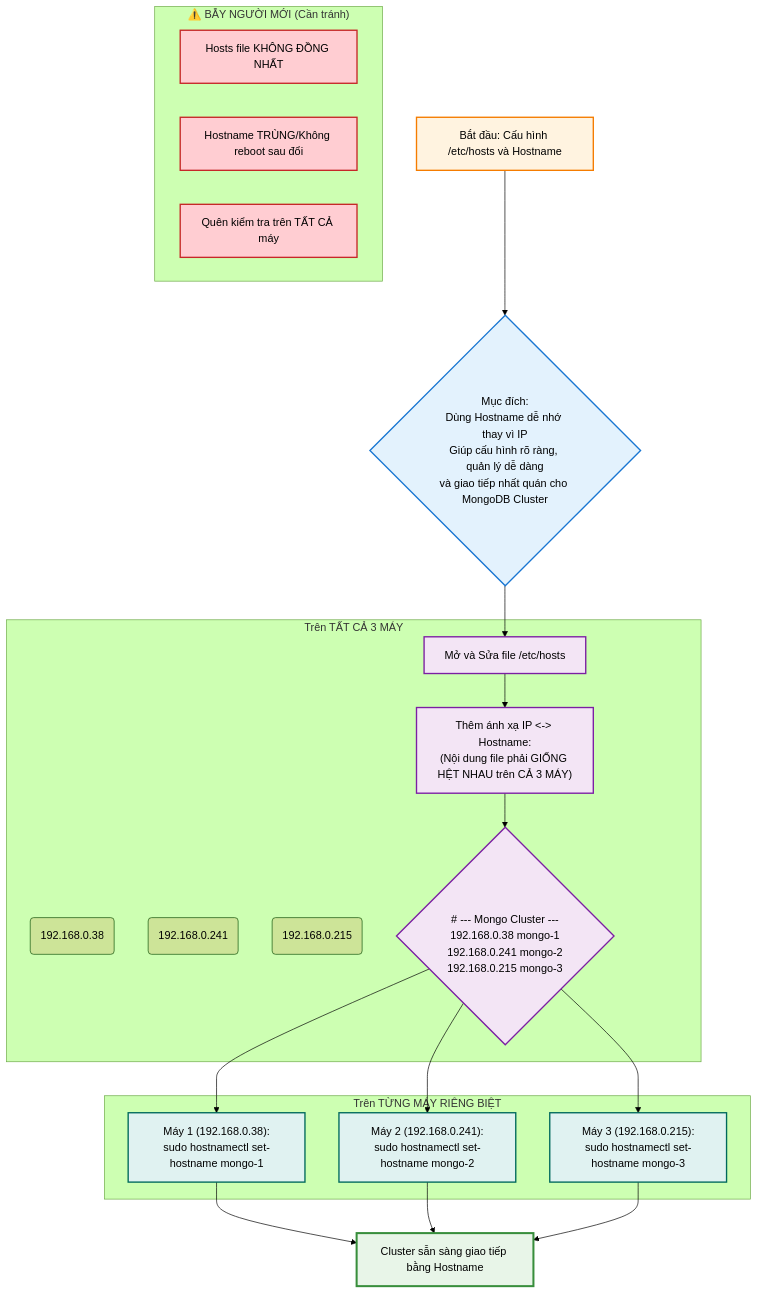
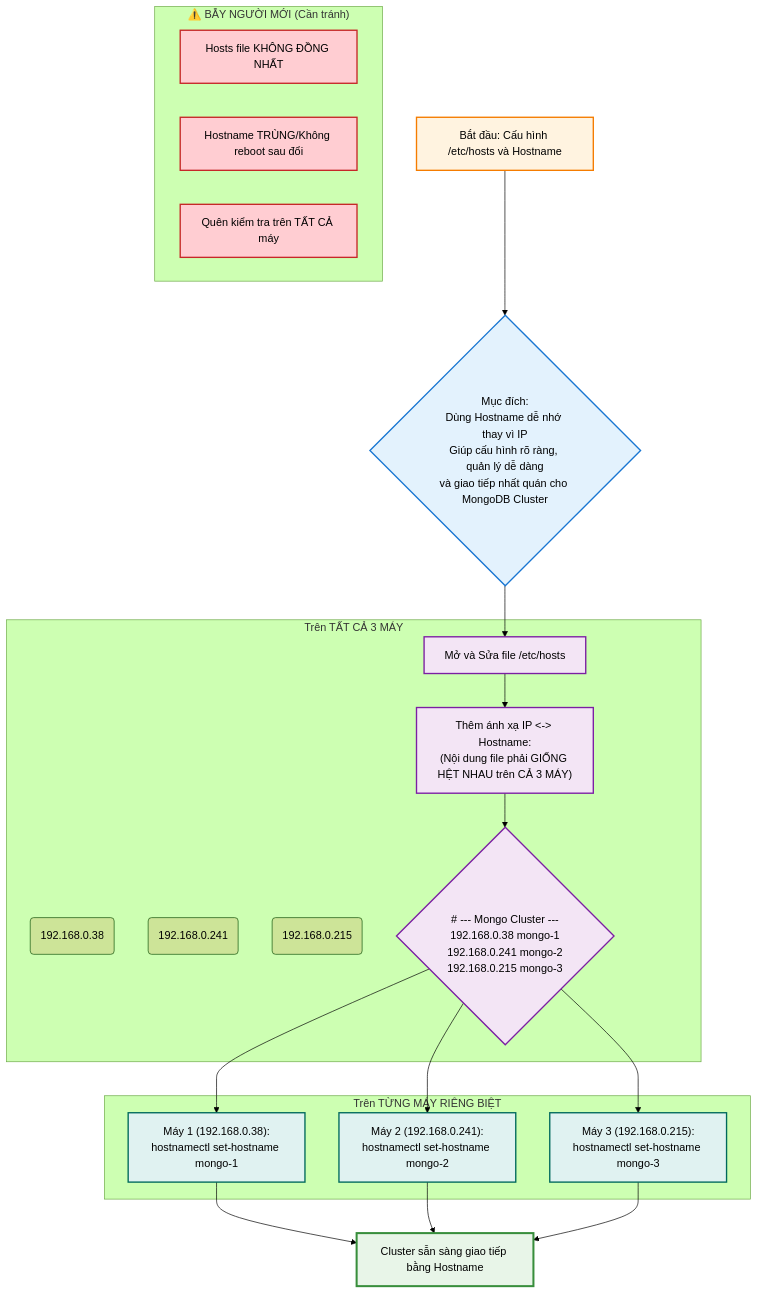
Before and after one commit to ngockhanhvd2812/DBA: the eighth of 25 diagrams in DB/Mongo-Sharding/mongo-sharding-practice.md, drawn with Mermaid (forest theme). The commit also changed other lines of this file, not shown here.

````diff
--- a/DB/Mongo-Sharding/mongo-sharding-practice.md
+++ b/DB/Mongo-Sharding/mongo-sharding-practice.md
@@ -528,51 +528,51 @@
 ```mermaid
 flowchart TD
     A[Bắt đầu: Cấu hình /etc/hosts và Hostname] --> B{Mục đích:<br/>Dùng Hostname dễ nhớ thay vì IP<br/>Giúp cấu hình rõ ràng, quản lý dễ dàng<br/>và giao tiếp nhất quán cho MongoDB Cluster};
     
     subgraph "Trên TẤT CẢ 3 MÁY"
         IP1(192.168.0.38)
         IP2(192.168.0.241)
         IP3(192.168.0.215)
         
         S1["Mở và Sửa file /etc/hosts"]
         S1 --> S2["Thêm ánh xạ IP <-> Hostname:<br/>(Nội dung file phải GIỐNG HỆT NHAU trên CẢ 3 MÁY)"];
         S2 --> HostEntries{<br/># --- Mongo Cluster ---<br/>192.168.0.38 mongo-1<br/>192.168.0.241 mongo-2<br/>192.168.0.215 mongo-3<br/>}
     end
     
     subgraph "Trên TỪNG MÁY RIÊNG BIỆT"
-        M1["Máy 1 (192.168.0.38):<br/>sudo hostnamectl set-hostname mongo-1"]
-        M2["Máy 2 (192.168.0.241):<br/>sudo hostnamectl set-hostname mongo-2"]
-        M3["Máy 3 (192.168.0.215):<br/>sudo hostnamectl set-hostname mongo-3"]
+        M1["Máy 1 (192.168.0.38):<br/>hostnamectl set-hostname mongo-1"]
+        M2["Máy 2 (192.168.0.241):<br/>hostnamectl set-hostname mongo-2"]
+        M3["Máy 3 (192.168.0.215):<br/>hostnamectl set-hostname mongo-3"]
     end
     
     B --> S1
     HostEntries --> M1
     HostEntries --> M2
     HostEntries --> M3
     
     subgraph "⚠️ BẪY NGƯỜI MỚI (Cần tránh)"
         P1["Hosts file KHÔNG ĐỒNG NHẤT"];
         P2["Hostname TRÙNG/Không reboot sau đổi"];
         P3["Quên kiểm tra trên TẤT CẢ máy"];
     end
     
     M1 --> F[Cluster sẵn sàng giao tiếp bằng Hostname];
     M2 --> F;
     M3 --> F;
     
     %% Định nghĩa style classes
     classDef startNode fill:#fff3e0,stroke:#f57c00,stroke-width:2px,color:#000
     classDef purposeNode fill:#e3f2fd,stroke:#1976d2,stroke-width:2px,color:#000
     classDef sharedConfig fill:#f3e5f5,stroke:#7b1fa2,stroke-width:2px,color:#000
     classDef uniqueConfig fill:#e0f2f1,stroke:#00695c,stroke-width:2px,color:#000
     classDef resultNode fill:#e8f5e8,stroke:#388e3c,stroke-width:3px,color:#000
     classDef trapNode fill:#ffcdd2,stroke:#c62828,stroke-width:2px,color:#000
     
     %% Áp dụng styles
     class A startNode
     class B purposeNode
     class S1,S2,HostEntries sharedConfig
     class M1,M2,M3 uniqueConfig
     class F resultNode
     class P1,P2,P3 trapNode
 ```
````
